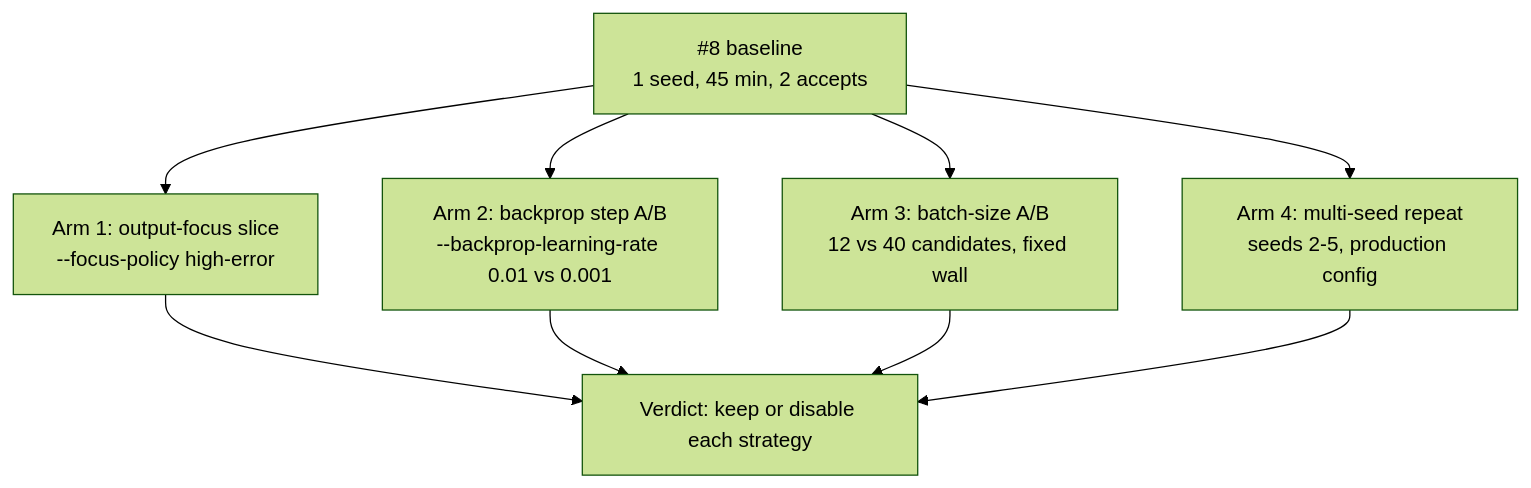
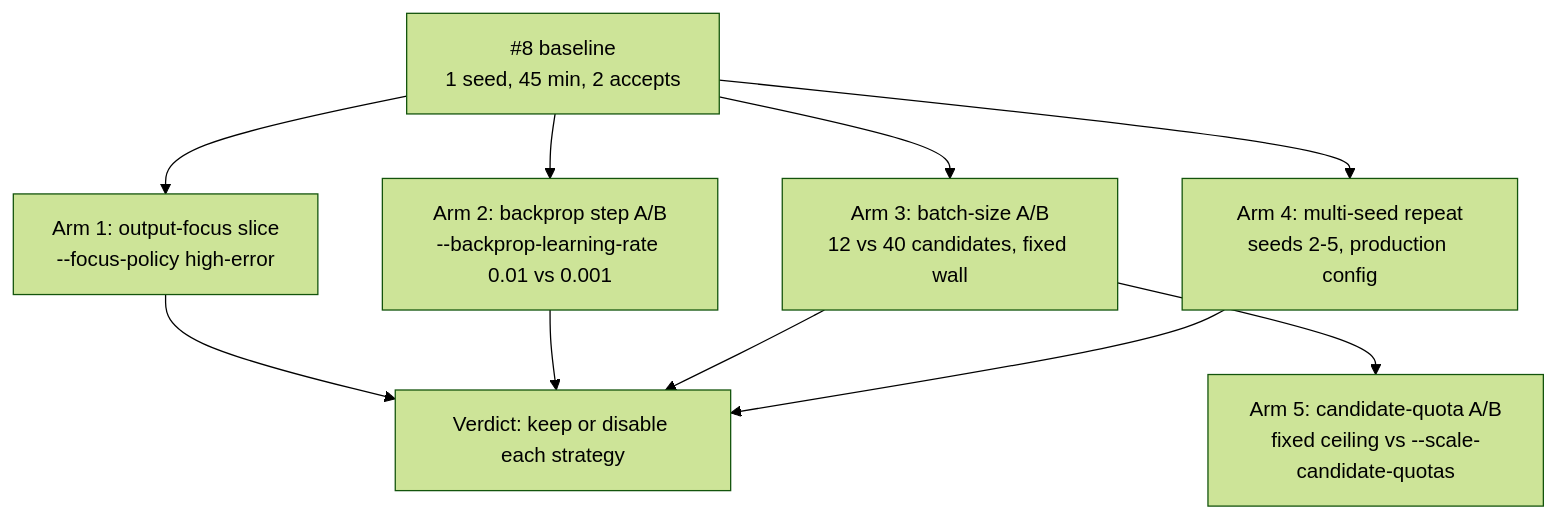
The diagram in docs/followup-economics.md (stSoftwareAU/NEAT-AI-Lamarck), drawn with Mermaid (forest theme) before and after one commit. The commit also changed other lines of this file and 6 other files, not shown here.

First line of the commit message:
Benchmark, document and wire the #108 quota-scaling arm (Issue #108)

````diff
--- a/docs/followup-economics.md
+++ b/docs/followup-economics.md
@@ -19,11 +19,12 @@
 ```mermaid
 flowchart TD
     B["#8 baseline<br/>1 seed, 45 min, 2 accepts"] --> A1["Arm 1: output-focus slice<br/>--focus-policy high-error"]
     B --> A2["Arm 2: backprop step A/B<br/>--backprop-learning-rate 0.01 vs 0.001"]
     B --> A3["Arm 3: batch-size A/B<br/>12 vs 40 candidates, fixed wall"]
     B --> A4["Arm 4: multi-seed repeat<br/>seeds 2-5, production config"]
+    A3 --> A5["Arm 5: candidate-quota A/B<br/>fixed ceiling vs --scale-candidate-quotas"]
     A1 --> V["Verdict: keep or disable each strategy"]
     A2 --> V
     A3 --> V
     A4 --> V
 ```
````
